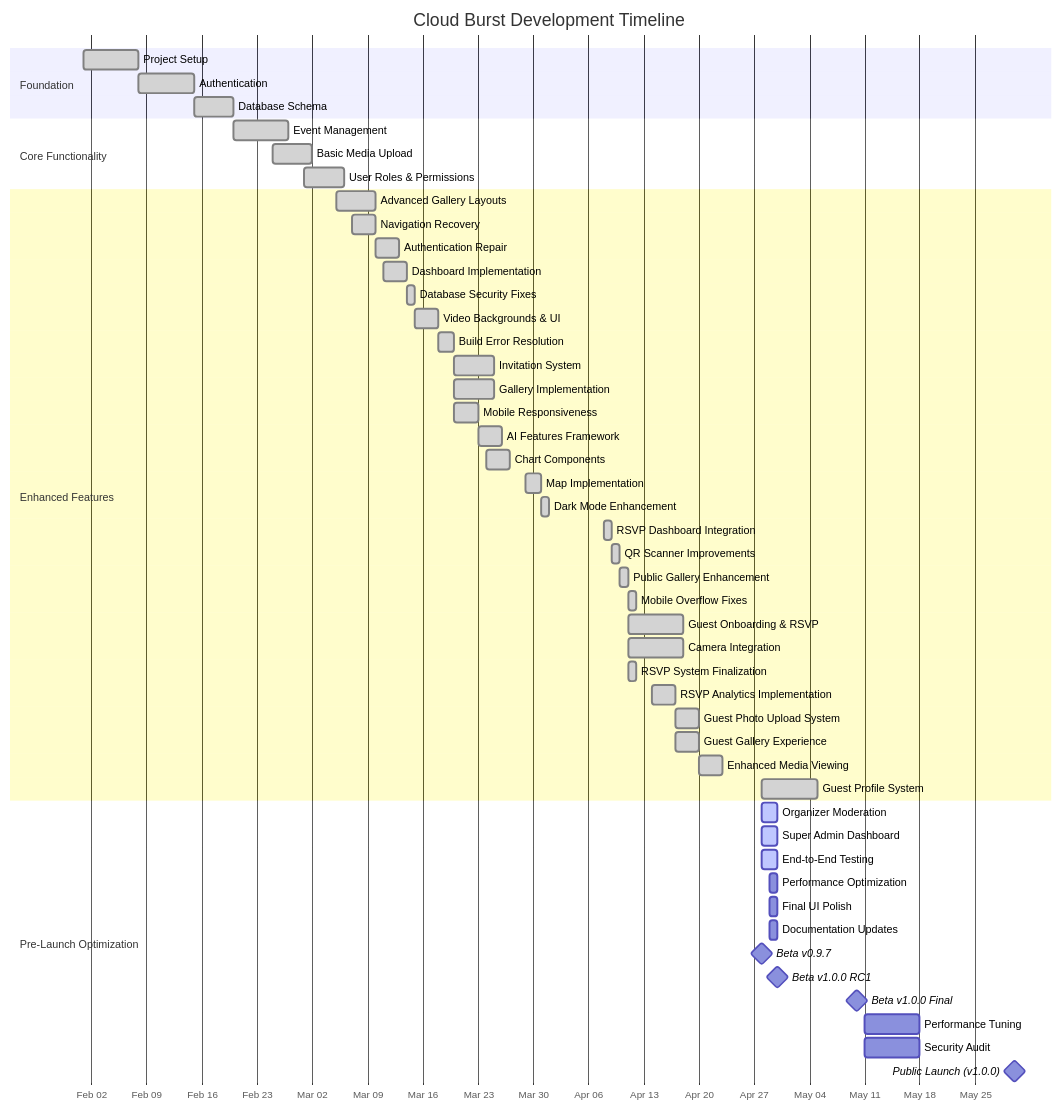
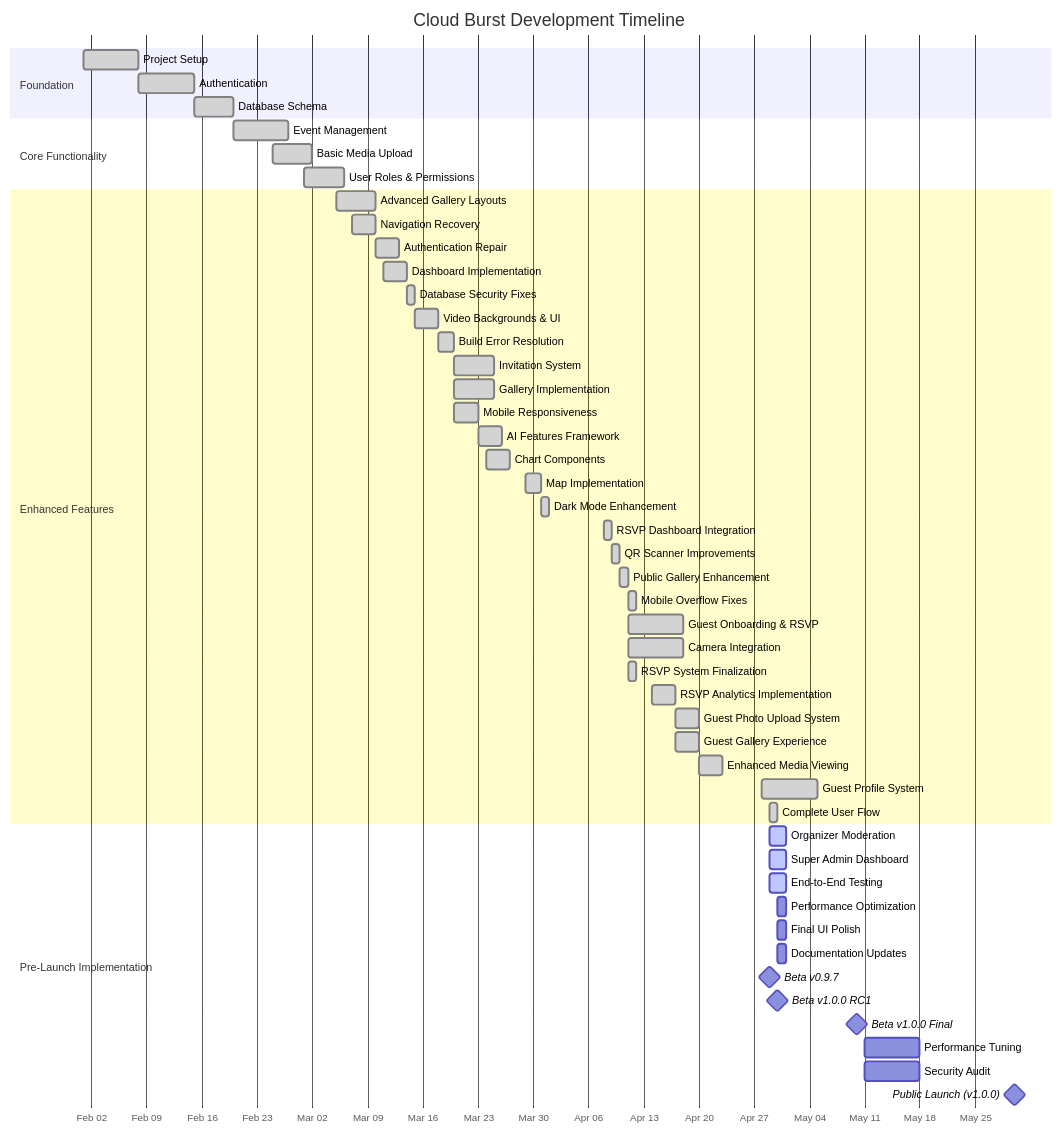
Before and after one commit to mrj0nesmtl/cloud-burst: the first of 2 diagrams in docs/development/roadmap.md, drawn with Mermaid. The commit also changed other lines of this file and 42 other files, not shown here.

````diff
--- a/docs/development/roadmap.md
+++ b/docs/development/roadmap.md
@@ -192,58 +190,59 @@
 ```mermaid
 gantt
     title Cloud Burst Development Timeline
     dateFormat  YYYY-MM-DD
     axisFormat %b %d
     
     section Foundation
     Project Setup           :done, f1, 2025-02-01, 7d
     Authentication          :done, f2, 2025-02-08, 7d
     Database Schema         :done, f3, 2025-02-15, 5d
     
     section Core Functionality
     Event Management        :done, c1, 2025-02-20, 7d
     Basic Media Upload      :done, c2, 2025-02-25, 5d
     User Roles & Permissions:done, c3, 2025-03-01, 5d
     
     section Enhanced Features
     Advanced Gallery Layouts:done, e1, 2025-03-05, 5d
     Navigation Recovery     :done, e2, 2025-03-07, 3d
     Authentication Repair   :done, e3, 2025-03-10, 3d
     Dashboard Implementation:done, e4, 2025-03-11, 3d
     Database Security Fixes :done, e5, 2025-03-14, 1d
     Video Backgrounds & UI  :done, e6, 2025-03-15, 3d
     Build Error Resolution  :done, e7, 2025-03-18, 2d
     Invitation System       :done, e8, 2025-03-20, 5d
     Gallery Implementation  :done, e9, 2025-03-20, 5d
     Mobile Responsiveness   :done, e10, 2025-03-20, 3d
     AI Features Framework   :done, e11, 2025-03-23, 3d
     Chart Components        :done, e14, 2025-03-24, 3d
     Map Implementation      :done, e15, 2025-03-29, 2d
     Dark Mode Enhancement   :done, e16, 2025-03-31, 1d
     RSVP Dashboard Integration :done, e17, 2025-04-08, 1d
     QR Scanner Improvements :done, e18, 2025-04-09, 1d
     Public Gallery Enhancement :done, e19, 2025-04-10, 1d
     Mobile Overflow Fixes   :done, e20, 2025-04-11, 1d
     Guest Onboarding & RSVP :done, e21, 2025-04-11, 7d
     Camera Integration      :done, e22, 2025-04-11, 7d
     RSVP System Finalization:done, e23, 2025-04-11, 1d
     RSVP Analytics Implementation:done, e24, 2025-04-14, 3d
     Guest Photo Upload System:done, e25, 2025-04-17, 3d
     Guest Gallery Experience:done, e26, 2025-04-17, 3d
     Enhanced Media Viewing  :done, e27, 2025-04-20, 3d
     Guest Profile System    :done, e28, 2025-04-28, 7d
+    Complete User Flow      :done, e29, 2025-04-29, 1d
     
-    section Pre-Launch Optimization
-    Organizer Moderation    :active, om1, 2025-04-28, 2d
-    Super Admin Dashboard   :active, ad1, 2025-04-28, 2d
-    End-to-End Testing      :active, et1, 2025-04-28, 2d
-    Performance Optimization:po1, 2025-04-29, 1d
-    Final UI Polish         :ui1, 2025-04-29, 1d
-    Documentation Updates   :doc1, 2025-04-29, 1d
-    Beta v0.9.7             :milestone, b0c, 2025-04-28, 0d
+    section Pre-Launch Implementation
+    Organizer Moderation    :active, om1, 2025-04-29, 2d
+    Super Admin Dashboard   :active, ad1, 2025-04-29, 2d
+    End-to-End Testing      :active, et1, 2025-04-29, 2d
+    Performance Optimization:po1, 2025-04-30, 1d
+    Final UI Polish         :ui1, 2025-04-30, 1d
+    Documentation Updates   :doc1, 2025-04-30, 1d
+    Beta v0.9.7             :milestone, b0c, 2025-04-29, 0d
     Beta v1.0.0 RC1         :milestone, b1, 2025-04-30, 0d
     Beta v1.0.0 Final       :milestone, b2, 2025-05-10, 0d
     Performance Tuning      :o1, 2025-05-11, 7d
     Security Audit          :o2, 2025-05-11, 7d
     Public Launch (v1.0.0)  :milestone, l3, 2025-05-30, 0d
 ```
````
